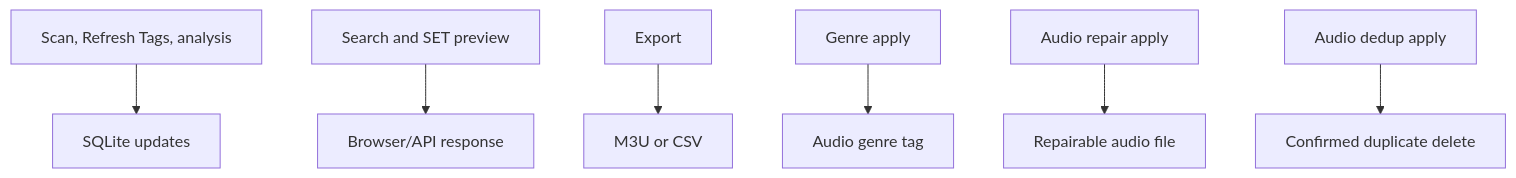
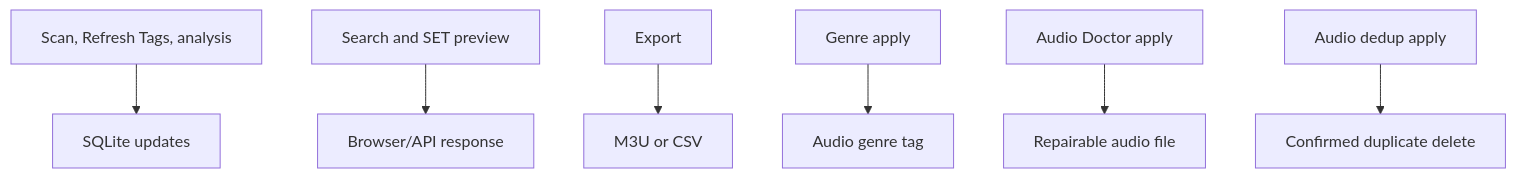
Before and after one commit to MeteorBurn/dj-track-similarity: the diagram in docs/dj-track-similarity/concepts/local-first-safety.md, drawn with Mermaid. The commit also changed 52 other files, not shown here.

Commit message:
Add Audio Doctor tool integration

````diff
--- a/docs/dj-track-similarity/concepts/local-first-safety.md
+++ b/docs/dj-track-similarity/concepts/local-first-safety.md
@@ -13,9 +13,9 @@
 ```mermaid
 flowchart TD
     A[Scan, Refresh Tags, analysis] --> B[SQLite updates]
     C[Search and SET preview] --> D[Browser/API response]
     E[Export] --> F[M3U or CSV]
     G[Genre apply] --> H[Audio genre tag]
-    I[Audio repair apply] --> J[Repairable audio file]
+    I[Audio Doctor apply] --> J[Repairable audio file]
     K[Audio dedup apply] --> L[Confirmed duplicate delete]
 ```
````
